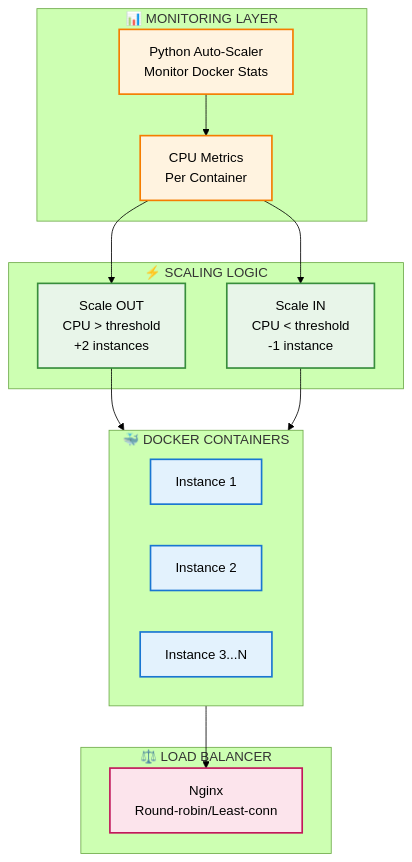
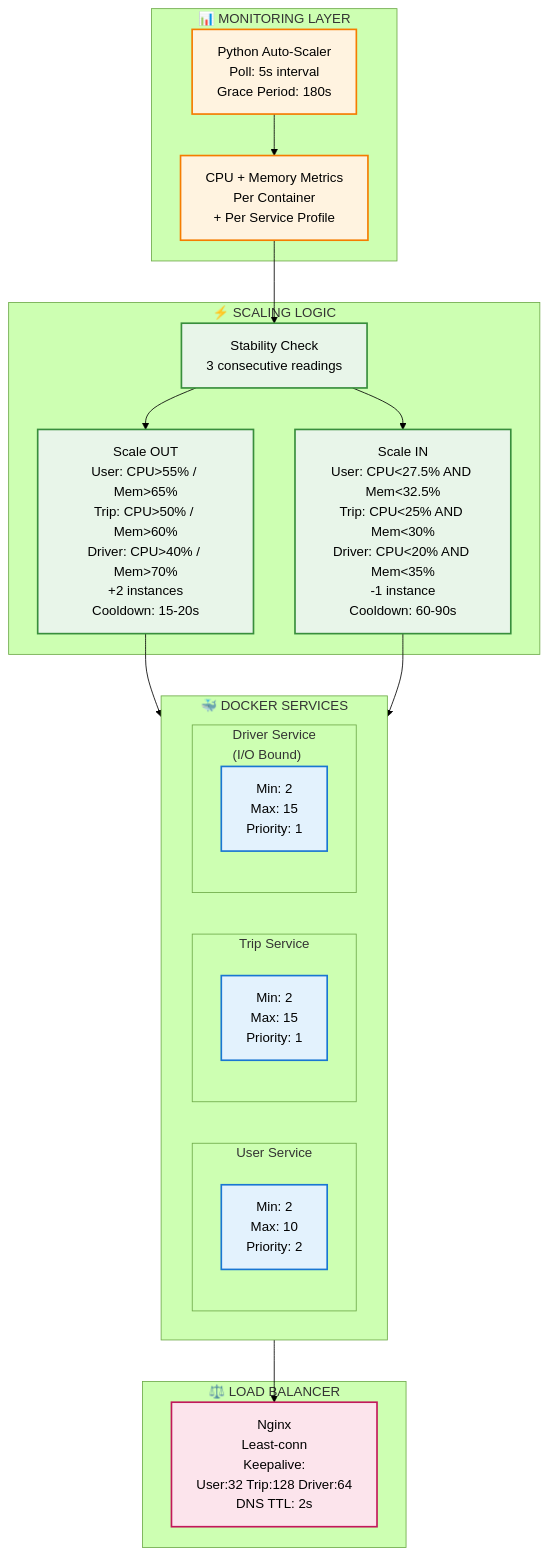
The diagram in Deliverables/ADR/ADR-004-auto-scaling.md (dieuxuanhien/uit-go-se360), drawn with Mermaid (forest theme) before and after one commit. The commit also changed other lines of this file and 2 other files, not shown here.

````diff
--- a/Deliverables/ADR/ADR-004-auto-scaling.md
+++ b/Deliverables/ADR/ADR-004-auto-scaling.md
@@ -149,39 +149,47 @@
 ```mermaid
 flowchart TB
     subgraph Monitor["📊 MONITORING LAYER"]
-        Script["Python Auto-Scaler<br>Monitor Docker Stats"]
-        Metrics["CPU Metrics<br>Per Container"]
+        Script["Python Auto-Scaler<br>Poll: 5s interval<br>Grace Period: 180s"]
+        Metrics["CPU + Memory Metrics<br>Per Container<br>+ Per Service Profile"]
     end
     
     subgraph Scaling["⚡ SCALING LOGIC"]
-        ScaleOut["Scale OUT<br>CPU > threshold<br>+2 instances"]
-        ScaleIn["Scale IN<br>CPU < threshold<br>-1 instance"]
+        Check["Stability Check<br>3 consecutive readings"]
+        ScaleOut["Scale OUT<br>User: CPU>55% / Mem>65%<br>Trip: CPU>50% / Mem>60%<br>Driver: CPU>40% / Mem>70%<br>+2 instances<br>Cooldown: 15-20s"]
+        ScaleIn["Scale IN<br>User: CPU<27.5% AND Mem<32.5%<br>Trip: CPU<25% AND Mem<30%<br>Driver: CPU<20% AND Mem<35%<br>-1 instance<br>Cooldown: 60-90s"]
     end
     
-    subgraph Containers["🐳 DOCKER CONTAINERS"]
-        C1["Instance 1"]
-        C2["Instance 2"]
-        C3["Instance 3...N"]
+    subgraph Services["🐳 DOCKER SERVICES"]
+        subgraph User["User Service"]
+            U1["Min: 2<br>Max: 10<br>Priority: 2"]
+        end
+        subgraph Trip["Trip Service"]
+            T1["Min: 2<br>Max: 15<br>Priority: 1"]
+        end
+        subgraph Driver["Driver Service<br>(I/O Bound)"]
+            D1["Min: 2<br>Max: 15<br>Priority: 1"]
+        end
     end
     
     subgraph LB["⚖️ LOAD BALANCER"]
-        Nginx["Nginx<br>Round-robin/Least-conn"]
+        Nginx["Nginx<br>Least-conn<br>Keepalive:<br>User:32 Trip:128 Driver:64<br>DNS TTL: 2s"]
     end
     
     Script --> Metrics
-    Metrics --> ScaleOut
-    Metrics --> ScaleIn
-    ScaleOut --> Containers
-    ScaleIn --> Containers
-    Containers --> Nginx
+    Metrics --> Check
+    Check --> ScaleOut
+    Check --> ScaleIn
+    ScaleOut --> Services
+    ScaleIn --> Services
+    Services --> Nginx
     
     classDef monitorBox fill:#fff3e0,stroke:#f57c00,stroke-width:2px
     classDef scaleBox fill:#e8f5e9,stroke:#388e3c,stroke-width:2px
     classDef containerBox fill:#e3f2fd,stroke:#1976d2,stroke-width:2px
     classDef lbBox fill:#fce4ec,stroke:#c2185b,stroke-width:2px
     
     class Script,Metrics monitorBox
-    class ScaleOut,ScaleIn scaleBox
-    class C1,C2,C3 containerBox
+    class Check,ScaleOut,ScaleIn scaleBox
+    class U1,T1,D1 containerBox
     class Nginx lbBox
 ```
````
